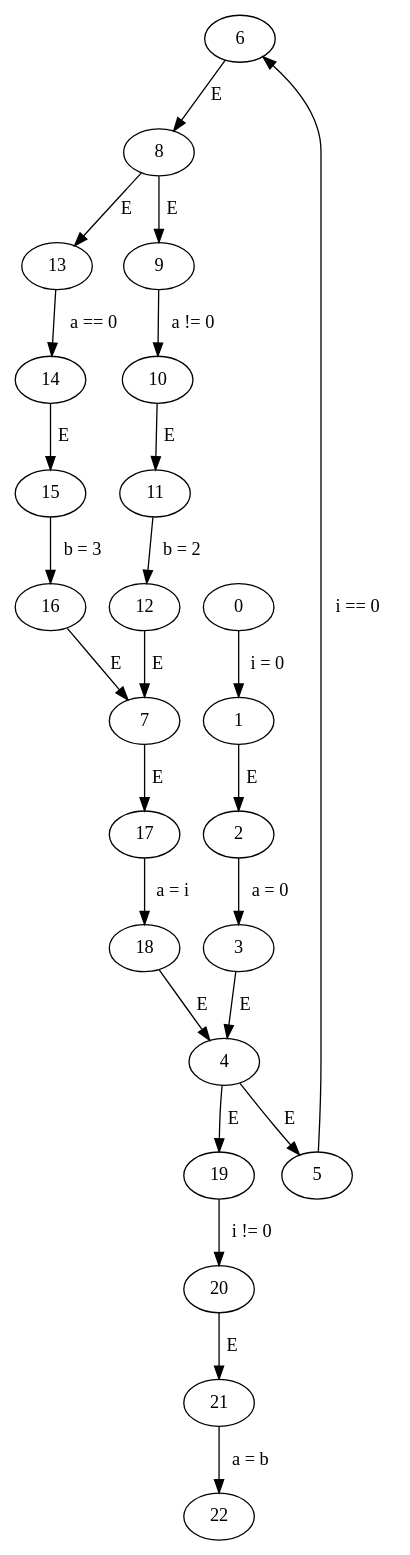
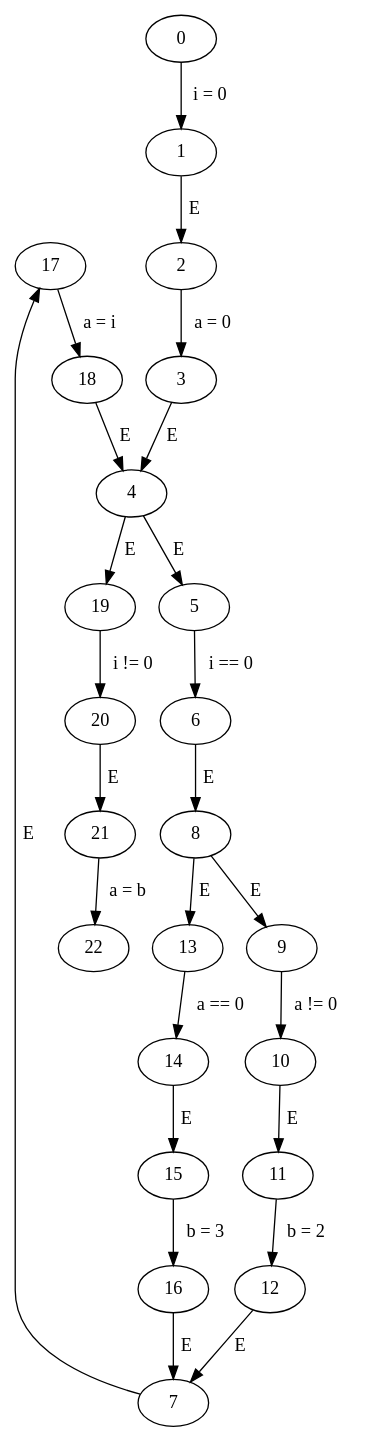
The diagram in code/graphs/while/while.gv (Harman309/project6), drawn with Graphviz before and after one commit. The commit also changed other lines of this file and 11 other files, not shown here.

```diff
--- a/code/graphs/while/while.gv
+++ b/code/graphs/while/while.gv
@@ -1,27 +1,27 @@
 // while
 digraph {
-	6 -> 8 [label=" E "]
-	20 -> 21 [label=" E "]
-	1 -> 2 [label=" E "]
-	10 -> 11 [label=" E "]
-	8 -> 9 [label=" E "]
-	0 -> 1 [label=" i = 0 "]
-	13 -> 14 [label=" a == 0 "]
-	4 -> 19 [label=" E "]
-	9 -> 10 [label=" a != 0 "]
-	3 -> 4 [label=" E "]
-	8 -> 13 [label=" E "]
-	4 -> 5 [label=" E "]
-	7 -> 17 [label=" E "]
-	16 -> 7 [label=" E "]
-	5 -> 6 [label=" i == 0 "]
-	19 -> 20 [label=" i != 0 "]
-	15 -> 16 [label=" b = 3 "]
-	2 -> 3 [label=" a = 0 "]
-	12 -> 7 [label=" E "]
-	18 -> 4 [label=" E "]
 	17 -> 18 [label=" a = i "]
 	21 -> 22 [label=" a = b "]
 	14 -> 15 [label=" E "]
+	6 -> 8 [label=" E "]
+	12 -> 7 [label=" E "]
+	20 -> 21 [label=" E "]
+	5 -> 6 [label=" i == 0 "]
+	10 -> 11 [label=" E "]
+	0 -> 1 [label=" i = 0 "]
+	13 -> 14 [label=" a == 0 "]
+	15 -> 16 [label=" b = 3 "]
+	7 -> 17 [label=" E "]
+	8 -> 9 [label=" E "]
+	8 -> 13 [label=" E "]
+	19 -> 20 [label=" i != 0 "]
+	3 -> 4 [label=" E "]
+	2 -> 3 [label=" a = 0 "]
+	9 -> 10 [label=" a != 0 "]
+	4 -> 5 [label=" E "]
 	11 -> 12 [label=" b = 2 "]
+	18 -> 4 [label=" E "]
+	1 -> 2 [label=" E "]
+	4 -> 19 [label=" E "]
+	16 -> 7 [label=" E "]
 }
```
